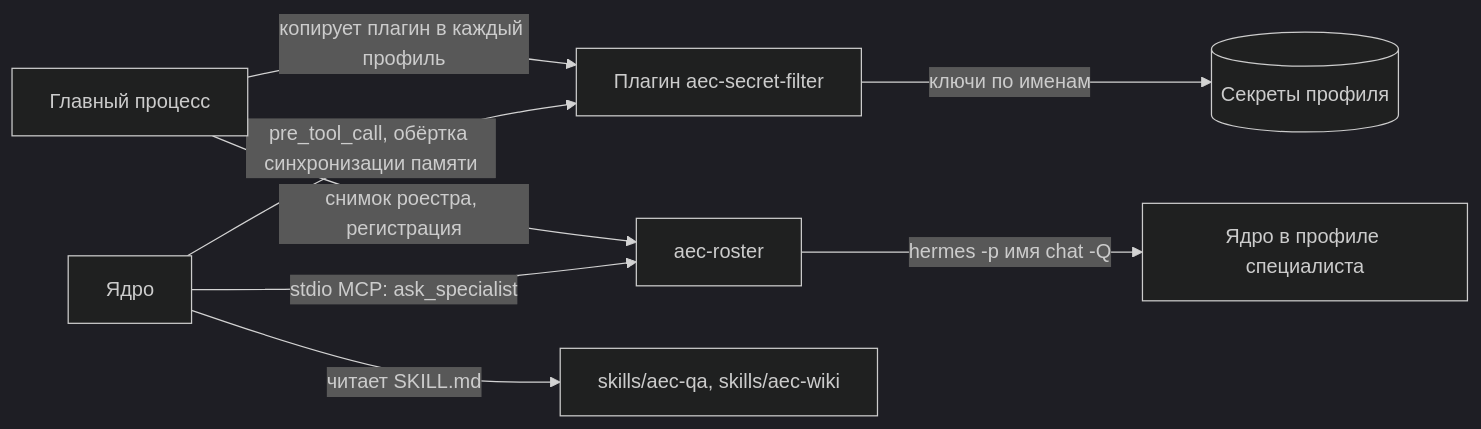
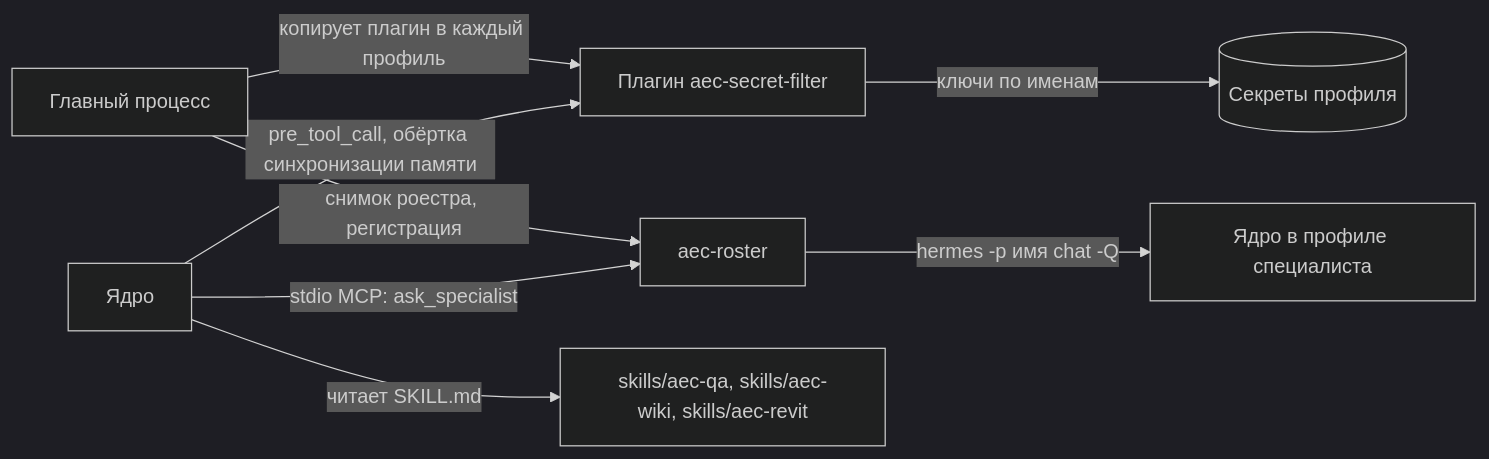
Before and after one commit to EvgenVer/AECPilot: the diagram in docs/components/core-extensions.md, drawn with Mermaid (dark theme). The commit also changed other lines of this file and 16 other files, not shown here.

First line of the commit message:
feat(revit): T69/T70 write rule for Revit models is the agent's - aec-revit skill pinned per session

````diff
--- a/docs/components/core-extensions.md
+++ b/docs/components/core-extensions.md
@@ -18,10 +18,10 @@
 ```mermaid
 flowchart LR
   core[Ядро] -->|pre_tool_call, обёртка синхронизации памяти| filter[Плагин aec-secret-filter]
   core -->|stdio MCP: ask_specialist| roster[aec-roster]
   roster -->|hermes -p имя chat -Q| spec[Ядро в профиле специалиста]
-  core -->|читает SKILL.md| skills[skills/aec-qa, skills/aec-wiki]
+  core -->|читает SKILL.md| skills[skills/aec-qa, skills/aec-wiki, skills/aec-revit]
   filter -->|ключи по именам| secrets[(Секреты профиля)]
   main[Главный процесс] -->|снимок роестра, регистрация| roster
   main -->|копирует плагин в каждый профиль| filter
 ```
````
